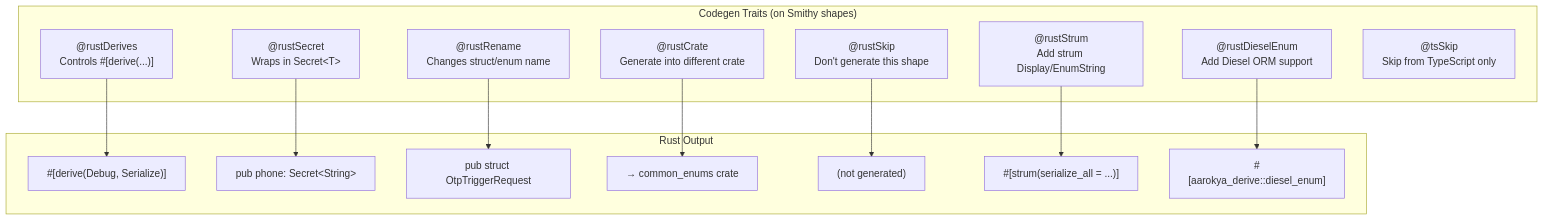
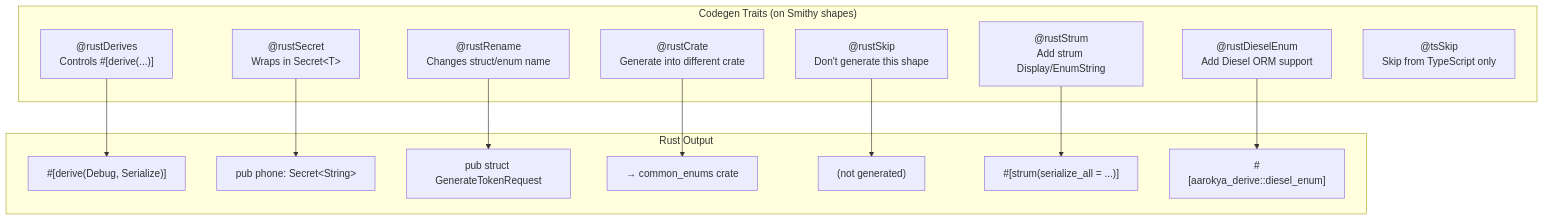
Before and after one commit to anu19981/aarokya-backend: the fourth of 10 diagrams in api-reference/architecture/smithy-codegen-guide.mdx, drawn with Mermaid. The commit also changed other lines of this file and 82 other files, not shown here.

````diff
--- a/api-reference/architecture/smithy-codegen-guide.mdx
+++ b/api-reference/architecture/smithy-codegen-guide.mdx
@@ -222,31 +235,31 @@
 ```mermaid
 flowchart TD
     subgraph TRAITS["Codegen Traits (on Smithy shapes)"]
         T1["@rustDerives<br/>Controls #[derive(...)]"]
         T2["@rustSecret<br/>Wraps in Secret&lt;T&gt;"]
         T3["@rustRename<br/>Changes struct/enum name"]
         T4["@rustCrate<br/>Generate into different crate"]
         T5["@rustSkip<br/>Don't generate this shape"]
         T6["@rustStrum<br/>Add strum Display/EnumString"]
         T7["@rustDieselEnum<br/>Add Diesel ORM support"]
         T8["@tsSkip<br/>Skip from TypeScript only"]
     end
 
     subgraph RUST_OUTPUT["Rust Output"]
         R1["#[derive(Debug, Serialize)]"]
         R2["pub phone: Secret&lt;String&gt;"]
-        R3["pub struct OtpTriggerRequest"]
+        R3["pub struct GenerateTokenRequest"]
         R4["→ common_enums crate"]
         R5["(not generated)"]
         R6["#[strum(serialize_all = ...)]"]
         R7["#[aarokya_derive::diesel_enum]"]
     end
 
     T1 --> R1
     T2 --> R2
     T3 --> R3
     T4 --> R4
     T5 --> R5
     T6 --> R6
     T7 --> R7
 ```
````
